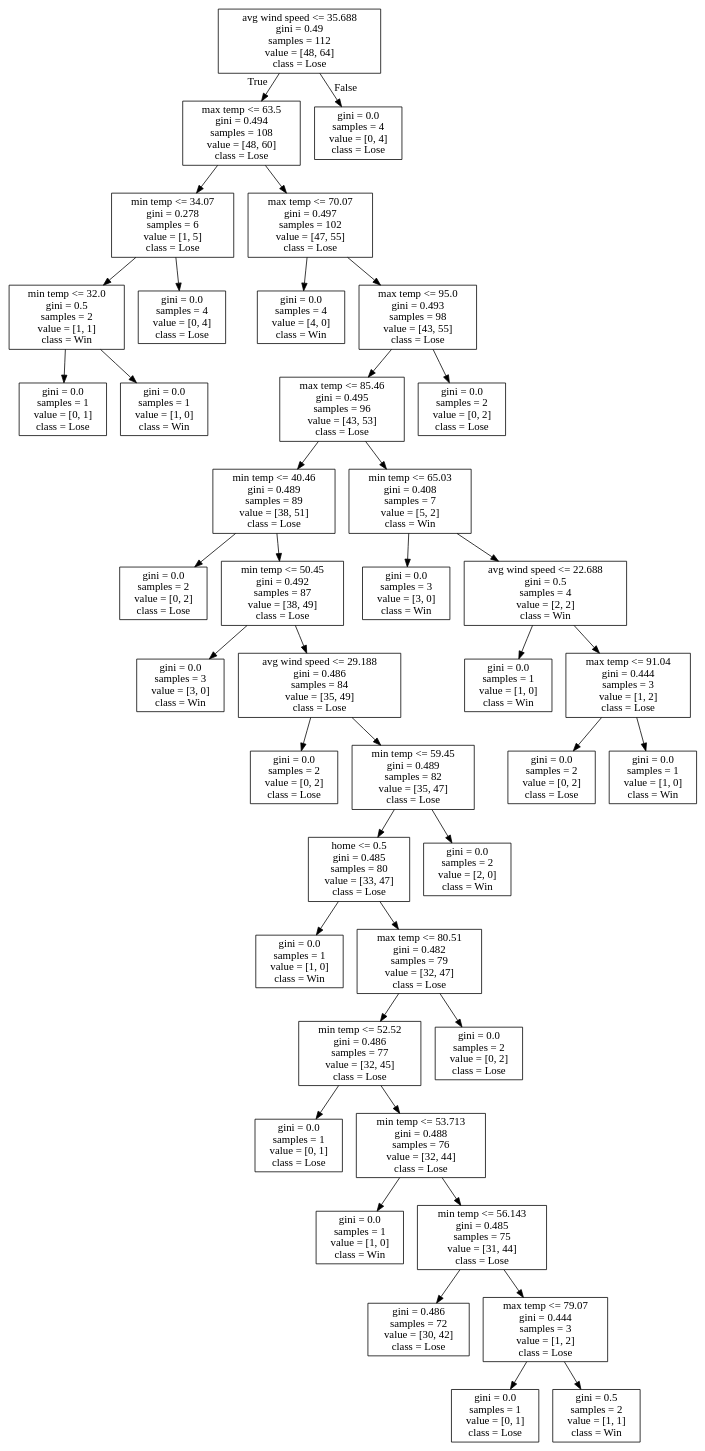
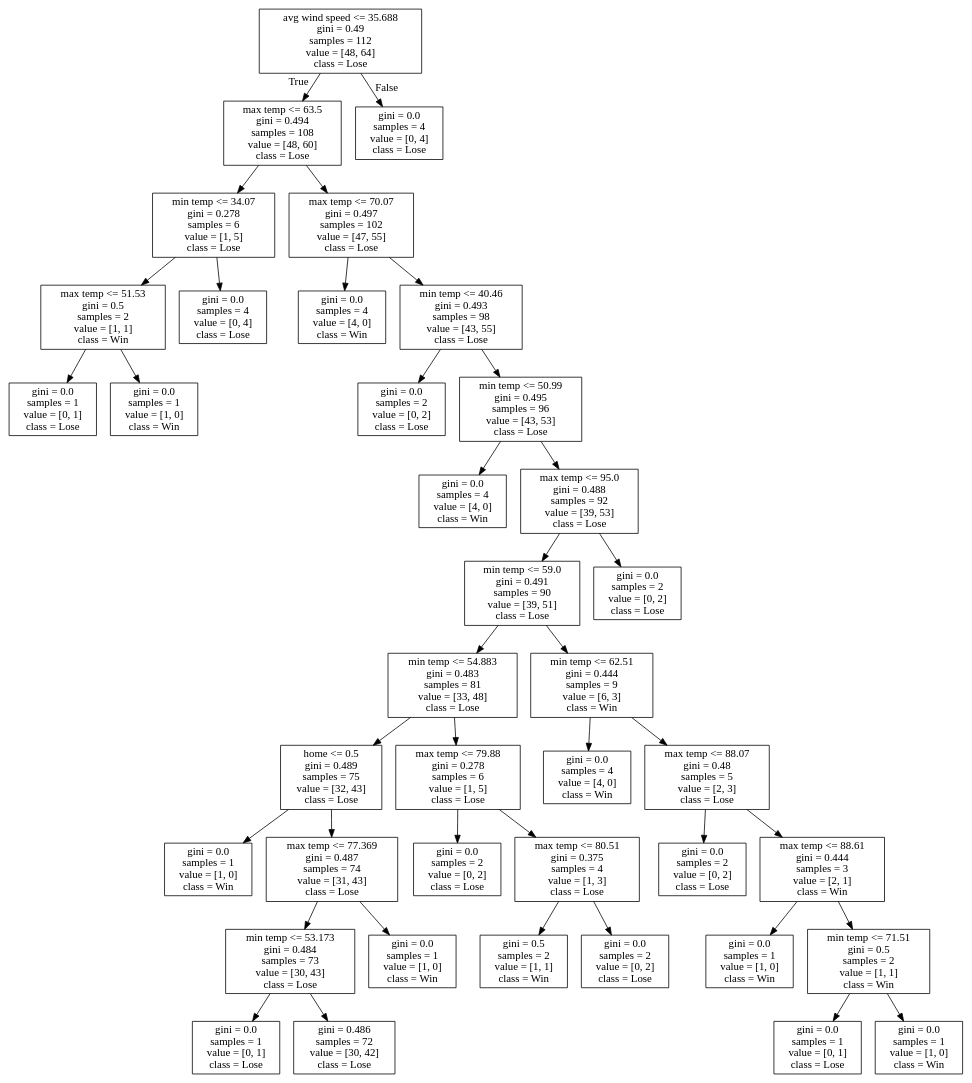
The diagram in DecisionTrees/decision_tree_no_score_or_attendance_test_6010.dot (alexana-steck/CSE482Project), drawn with Graphviz before and after one commit. The commit also changed 236 other files, not shown here.

```diff
--- a/DecisionTrees/decision_tree_no_score_or_attendance_test_6010.dot
+++ b/DecisionTrees/decision_tree_no_score_or_attendance_test_6010.dot
@@ -1,84 +1,80 @@
 digraph Tree {
 node [shape=box] ;
 0 [label="avg wind speed <= 35.688\ngini = 0.49\nsamples = 112\nvalue = [48, 64]\nclass = Lose"] ;
 1 [label="max temp <= 63.5\ngini = 0.494\nsamples = 108\nvalue = [48, 60]\nclass = Lose"] ;
 0 -> 1 [labeldistance=2.5, labelangle=45, headlabel="True"] ;
 2 [label="min temp <= 34.07\ngini = 0.278\nsamples = 6\nvalue = [1, 5]\nclass = Lose"] ;
 1 -> 2 ;
-3 [label="min temp <= 32.0\ngini = 0.5\nsamples = 2\nvalue = [1, 1]\nclass = Win"] ;
+3 [label="max temp <= 51.53\ngini = 0.5\nsamples = 2\nvalue = [1, 1]\nclass = Win"] ;
 2 -> 3 ;
 4 [label="gini = 0.0\nsamples = 1\nvalue = [0, 1]\nclass = Lose"] ;
 3 -> 4 ;
 5 [label="gini = 0.0\nsamples = 1\nvalue = [1, 0]\nclass = Win"] ;
 3 -> 5 ;
 6 [label="gini = 0.0\nsamples = 4\nvalue = [0, 4]\nclass = Lose"] ;
 2 -> 6 ;
 7 [label="max temp <= 70.07\ngini = 0.497\nsamples = 102\nvalue = [47, 55]\nclass = Lose"] ;
 1 -> 7 ;
 8 [label="gini = 0.0\nsamples = 4\nvalue = [4, 0]\nclass = Win"] ;
 7 -> 8 ;
-9 [label="max temp <= 95.0\ngini = 0.493\nsamples = 98\nvalue = [43, 55]\nclass = Lose"] ;
+9 [label="min temp <= 40.46\ngini = 0.493\nsamples = 98\nvalue = [43, 55]\nclass = Lose"] ;
 7 -> 9 ;
-10 [label="max temp <= 85.46\ngini = 0.495\nsamples = 96\nvalue = [43, 53]\nclass = Lose"] ;
+10 [label="gini = 0.0\nsamples = 2\nvalue = [0, 2]\nclass = Lose"] ;
 9 -> 10 ;
-11 [label="min temp <= 40.46\ngini = 0.489\nsamples = 89\nvalue = [38, 51]\nclass = Lose"] ;
-10 -> 11 ;
-12 [label="gini = 0.0\nsamples = 2\nvalue = [0, 2]\nclass = Lose"] ;
+11 [label="min temp <= 50.99\ngini = 0.495\nsamples = 96\nvalue = [43, 53]\nclass = Lose"] ;
+9 -> 11 ;
+12 [label="gini = 0.0\nsamples = 4\nvalue = [4, 0]\nclass = Win"] ;
 11 -> 12 ;
-13 [label="min temp <= 50.45\ngini = 0.492\nsamples = 87\nvalue = [38, 49]\nclass = Lose"] ;
+13 [label="max temp <= 95.0\ngini = 0.488\nsamples = 92\nvalue = [39, 53]\nclass = Lose"] ;
 11 -> 13 ;
-14 [label="gini = 0.0\nsamples = 3\nvalue = [3, 0]\nclass = Win"] ;
+14 [label="min temp <= 59.0\ngini = 0.491\nsamples = 90\nvalue = [39, 51]\nclass = Lose"] ;
 13 -> 14 ;
-15 [label="avg wind speed <= 29.188\ngini = 0.486\nsamples = 84\nvalue = [35, 49]\nclass = Lose"] ;
-13 -> 15 ;
-16 [label="gini = 0.0\nsamples = 2\nvalue = [0, 2]\nclass = Lose"] ;
+15 [label="min temp <= 54.883\ngini = 0.483\nsamples = 81\nvalue = [33, 48]\nclass = Lose"] ;
+14 -> 15 ;
+16 [label="home <= 0.5\ngini = 0.489\nsamples = 75\nvalue = [32, 43]\nclass = Lose"] ;
 15 -> 16 ;
-17 [label="min temp <= 59.45\ngini = 0.489\nsamples = 82\nvalue = [35, 47]\nclass = Lose"] ;
-15 -> 17 ;
-18 [label="home <= 0.5\ngini = 0.485\nsamples = 80\nvalue = [33, 47]\nclass = Lose"] ;
-17 -> 18 ;
-19 [label="gini = 0.0\nsamples = 1\nvalue = [1, 0]\nclass = Win"] ;
+17 [label="gini = 0.0\nsamples = 1\nvalue = [1, 0]\nclass = Win"] ;
+16 -> 17 ;
+18 [label="max temp <= 77.369\ngini = 0.487\nsamples = 74\nvalue = [31, 43]\nclass = Lose"] ;
+16 -> 18 ;
+19 [label="min temp <= 53.173\ngini = 0.484\nsamples = 73\nvalue = [30, 43]\nclass = Lose"] ;
 18 -> 19 ;
-20 [label="max temp <= 80.51\ngini = 0.482\nsamples = 79\nvalue = [32, 47]\nclass = Lose"] ;
-18 -> 20 ;
-21 [label="min temp <= 52.52\ngini = 0.486\nsamples = 77\nvalue = [32, 45]\nclass = Lose"] ;
-20 -> 21 ;
-22 [label="gini = 0.0\nsamples = 1\nvalue = [0, 1]\nclass = Lose"] ;
-21 -> 22 ;
-23 [label="min temp <= 53.713\ngini = 0.488\nsamples = 76\nvalue = [32, 44]\nclass = Lose"] ;
-21 -> 23 ;
-24 [label="gini = 0.0\nsamples = 1\nvalue = [1, 0]\nclass = Win"] ;
+20 [label="gini = 0.0\nsamples = 1\nvalue = [0, 1]\nclass = Lose"] ;
+19 -> 20 ;
+21 [label="gini = 0.486\nsamples = 72\nvalue = [30, 42]\nclass = Lose"] ;
+19 -> 21 ;
+22 [label="gini = 0.0\nsamples = 1\nvalue = [1, 0]\nclass = Win"] ;
+18 -> 22 ;
+23 [label="max temp <= 79.88\ngini = 0.278\nsamples = 6\nvalue = [1, 5]\nclass = Lose"] ;
+15 -> 23 ;
+24 [label="gini = 0.0\nsamples = 2\nvalue = [0, 2]\nclass = Lose"] ;
 23 -> 24 ;
-25 [label="min temp <= 56.143\ngini = 0.485\nsamples = 75\nvalue = [31, 44]\nclass = Lose"] ;
+25 [label="max temp <= 80.51\ngini = 0.375\nsamples = 4\nvalue = [1, 3]\nclass = Lose"] ;
 23 -> 25 ;
-26 [label="gini = 0.486\nsamples = 72\nvalue = [30, 42]\nclass = Lose"] ;
+26 [label="gini = 0.5\nsamples = 2\nvalue = [1, 1]\nclass = Win"] ;
 25 -> 26 ;
-27 [label="max temp <= 79.07\ngini = 0.444\nsamples = 3\nvalue = [1, 2]\nclass = Lose"] ;
+27 [label="gini = 0.0\nsamples = 2\nvalue = [0, 2]\nclass = Lose"] ;
 25 -> 27 ;
-28 [label="gini = 0.0\nsamples = 1\nvalue = [0, 1]\nclass = Lose"] ;
-27 -> 28 ;
-29 [label="gini = 0.5\nsamples = 2\nvalue = [1, 1]\nclass = Win"] ;
-27 -> 29 ;
-30 [label="gini = 0.0\nsamples = 2\nvalue = [0, 2]\nclass = Lose"] ;
-20 -> 30 ;
-31 [label="gini = 0.0\nsamples = 2\nvalue = [2, 0]\nclass = Win"] ;
-17 -> 31 ;
-32 [label="min temp <= 65.03\ngini = 0.408\nsamples = 7\nvalue = [5, 2]\nclass = Win"] ;
-10 -> 32 ;
-33 [label="gini = 0.0\nsamples = 3\nvalue = [3, 0]\nclass = Win"] ;
+28 [label="min temp <= 62.51\ngini = 0.444\nsamples = 9\nvalue = [6, 3]\nclass = Win"] ;
+14 -> 28 ;
+29 [label="gini = 0.0\nsamples = 4\nvalue = [4, 0]\nclass = Win"] ;
+28 -> 29 ;
+30 [label="max temp <= 88.07\ngini = 0.48\nsamples = 5\nvalue = [2, 3]\nclass = Lose"] ;
+28 -> 30 ;
+31 [label="gini = 0.0\nsamples = 2\nvalue = [0, 2]\nclass = Lose"] ;
+30 -> 31 ;
+32 [label="max temp <= 88.61\ngini = 0.444\nsamples = 3\nvalue = [2, 1]\nclass = Win"] ;
+30 -> 32 ;
+33 [label="gini = 0.0\nsamples = 1\nvalue = [1, 0]\nclass = Win"] ;
 32 -> 33 ;
-34 [label="avg wind speed <= 22.688\ngini = 0.5\nsamples = 4\nvalue = [2, 2]\nclass = Win"] ;
+34 [label="min temp <= 71.51\ngini = 0.5\nsamples = 2\nvalue = [1, 1]\nclass = Win"] ;
 32 -> 34 ;
-35 [label="gini = 0.0\nsamples = 1\nvalue = [1, 0]\nclass = Win"] ;
+35 [label="gini = 0.0\nsamples = 1\nvalue = [0, 1]\nclass = Lose"] ;
 34 -> 35 ;
-36 [label="max temp <= 91.04\ngini = 0.444\nsamples = 3\nvalue = [1, 2]\nclass = Lose"] ;
+36 [label="gini = 0.0\nsamples = 1\nvalue = [1, 0]\nclass = Win"] ;
 34 -> 36 ;
 37 [label="gini = 0.0\nsamples = 2\nvalue = [0, 2]\nclass = Lose"] ;
-36 -> 37 ;
-38 [label="gini = 0.0\nsamples = 1\nvalue = [1, 0]\nclass = Win"] ;
-36 -> 38 ;
-39 [label="gini = 0.0\nsamples = 2\nvalue = [0, 2]\nclass = Lose"] ;
-9 -> 39 ;
-40 [label="gini = 0.0\nsamples = 4\nvalue = [0, 4]\nclass = Lose"] ;
-0 -> 40 [labeldistance=2.5, labelangle=-45, headlabel="False"] ;
+13 -> 37 ;
+38 [label="gini = 0.0\nsamples = 4\nvalue = [0, 4]\nclass = Lose"] ;
+0 -> 38 [labeldistance=2.5, labelangle=-45, headlabel="False"] ;
 }
```
